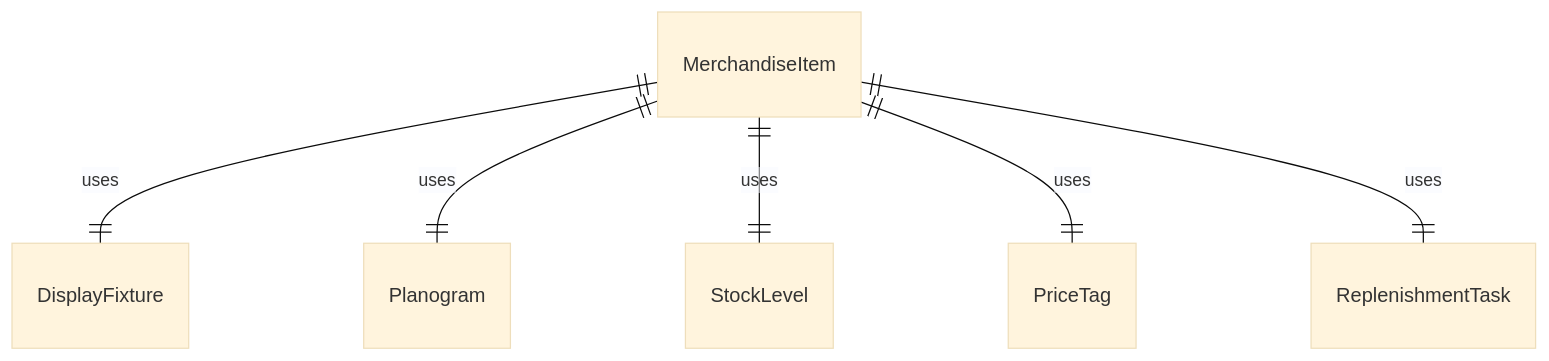
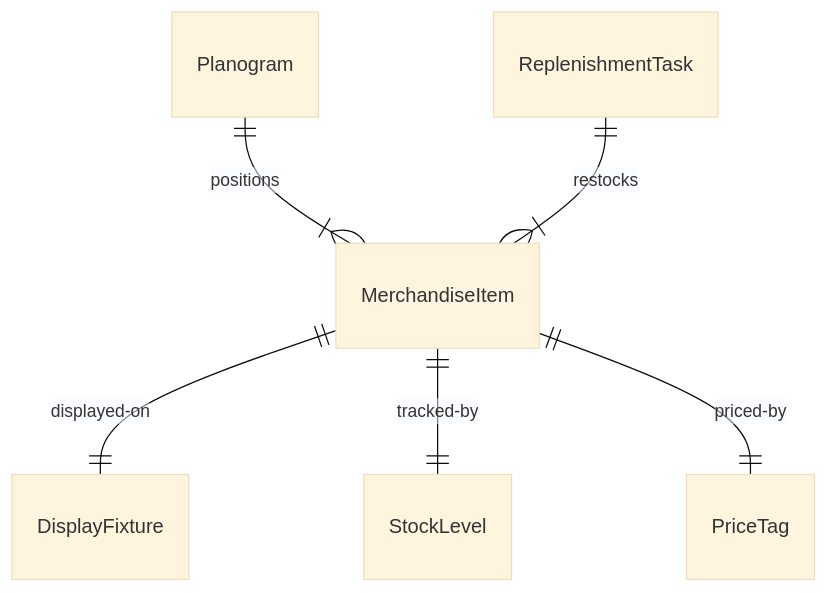
The first of 4 diagrams in HandlingAndMovingObjects/StockSuppliesOrProducts/StockSuppliesMerchandise.mdx (dot-org-ai/tasks.org.ai), drawn with Mermaid (base theme) before and after one commit. The commit also changed other lines of this file and 515 other files, not shown here.

````diff
--- a/HandlingAndMovingObjects/StockSuppliesOrProducts/StockSuppliesMerchandise.mdx
+++ b/HandlingAndMovingObjects/StockSuppliesOrProducts/StockSuppliesMerchandise.mdx
@@ -88,8 +88,8 @@
 ```mermaid
 erDiagram
-    MerchandiseItem ||--|| DisplayFixture : "uses"
-    MerchandiseItem ||--|| Planogram : "uses"
-    MerchandiseItem ||--|| StockLevel : "uses"
-    MerchandiseItem ||--|| PriceTag : "uses"
-    MerchandiseItem ||--|| ReplenishmentTask : "uses"
+    MerchandiseItem ||--|| DisplayFixture : "displayed-on"
+    Planogram ||--|{ MerchandiseItem : "positions"
+    MerchandiseItem ||--|| StockLevel : "tracked-by"
+    MerchandiseItem ||--|| PriceTag : "priced-by"
+    ReplenishmentTask ||--|{ MerchandiseItem : "restocks"
 ```
````
